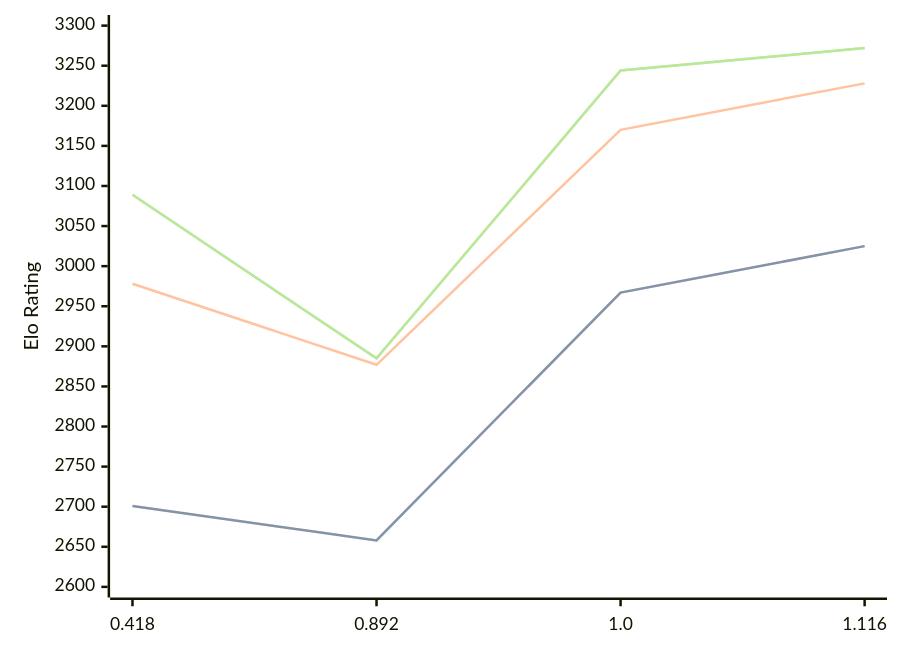
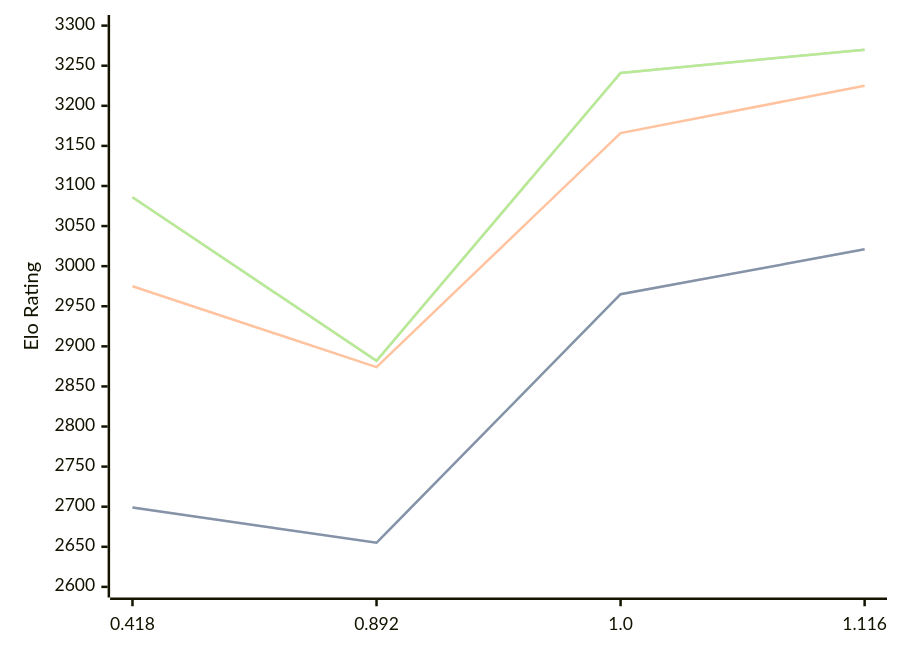
Before and after one commit to computer-chess-index/cci: the diagram in engines/Malika.md, drawn with Mermaid. The commit also changed other lines of this file, not shown here.

Commit message:
Update CCI Ratings (ELO VLTC) - 2026-06-08

````diff
--- a/engines/Malika.md
+++ b/engines/Malika.md
@@ -34,11 +34,11 @@
 ```mermaid
 %%{init: {"theme":"base","themeVariables":{"seriesColors:['#a3a3a3','#222221','#faa371']}}}%%
 xychart-beta
   x-axis ["0.418", "0.892", "1.0", "1.116"]
   y-axis "Elo Rating" 2600 --> 3300
-  line "STC (8.0+0.08s)" [2701, 2658, 2967, 3025]
-  line "STC (8.0+0.08s)" [2701, 2658, 2967, 3025]
-  line "LTC (60.0+0.60s)" [2978, 2877, 3170, 3228]
-  line "VLTC (2m24s+1.12s)" [3089, 2885, 3244, 3272]
-  line "VLTC (2m24s+1.12s)" [3089, 2885, 3244, 3272]
+  line "STC (8.0+0.08s)" [2699, 2655, 2965, 3021]
+  line "STC (8.0+0.08s)" [2699, 2655, 2965, 3021]
+  line "LTC (60.0+0.60s)" [2975, 2874, 3166, 3225]
+  line "VLTC (2m24s+1.12s)" [3086, 2882, 3241, 3270]
+  line "VLTC (2m24s+1.12s)" [3086, 2882, 3241, 3270]
 ```
````
